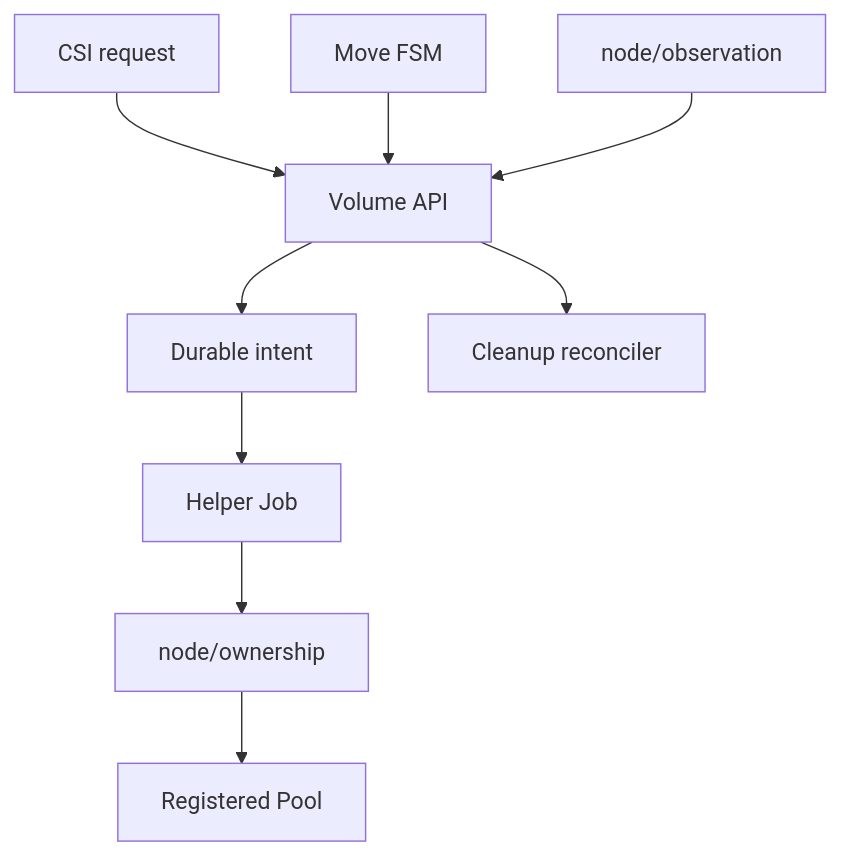
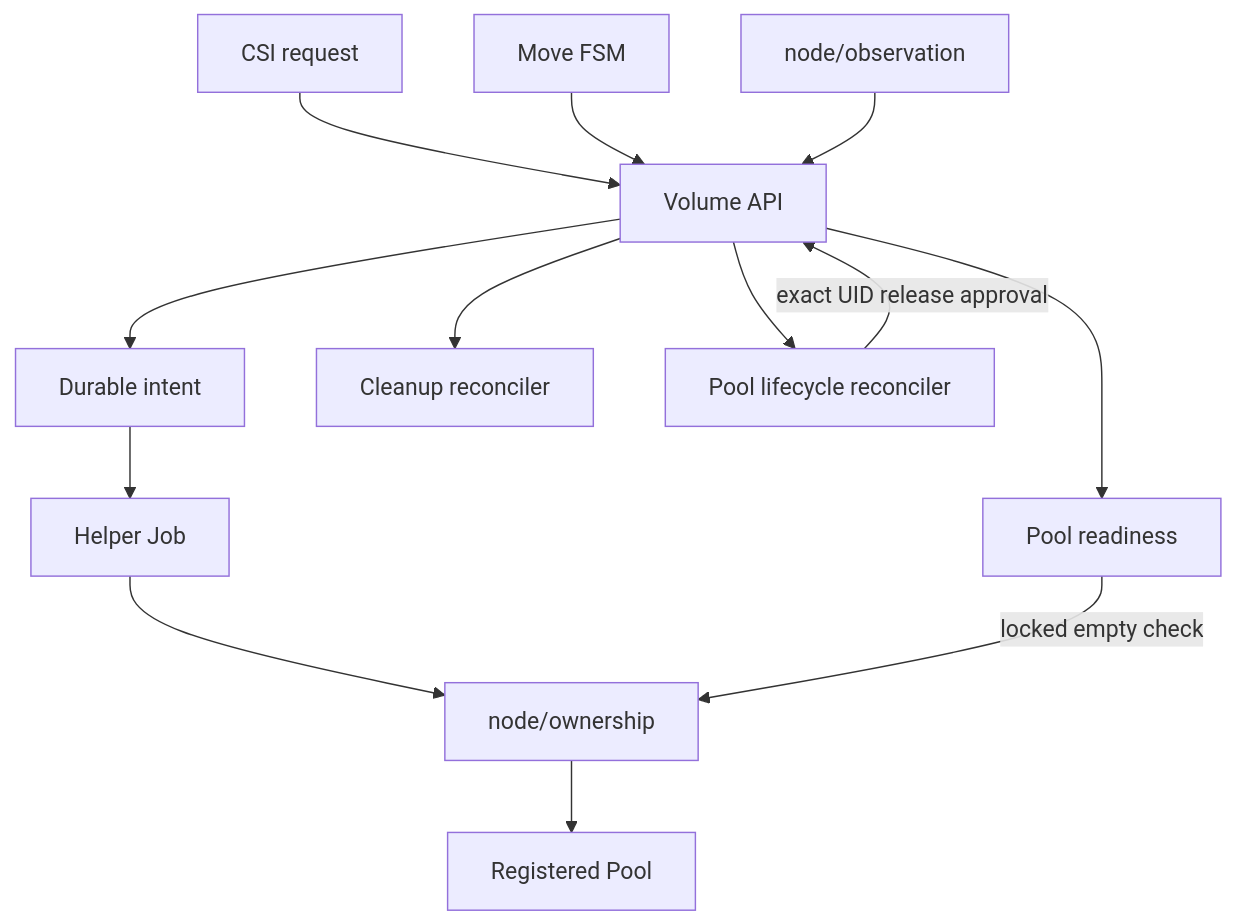
Before and after one commit to cagojeiger/ShiftPV: the diagram in docs/development/source-layout.md, drawn with Mermaid. The commit also changed other lines of this file and 30 other files, not shown here.

Commit message:
fix: fence pool identity release

````diff
--- a/docs/development/source-layout.md
+++ b/docs/development/source-layout.md
@@ -53,11 +54,15 @@
 ```mermaid
 flowchart TB
     CSI[CSI request] --> API[Volume API]
     MOVE[Move FSM] --> API
     API --> INTENT[Durable intent]
     INTENT --> JOB[Helper Job]
     JOB --> OWN[node/ownership]
     OWN --> FS[Registered Pool]
     OBS[node/observation] --> API
     API --> RECON[Cleanup reconciler]
+    API --> POOL[Pool lifecycle reconciler]
+    POOL -->|exact UID release approval| API
+    API --> READY[Pool readiness]
+    READY -->|locked empty check| OWN
 ```
````
